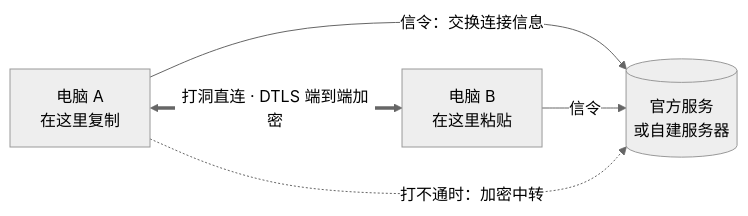
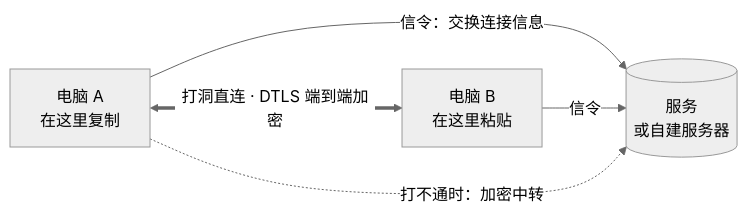
Before and after one commit to baiyuze/pasteferry: the diagram in README.zh-CN.md, drawn with Mermaid (neutral theme). The commit also changed other lines of this file and 76 other files, not shown here.

````diff
--- a/README.zh-CN.md
+++ b/README.zh-CN.md
@@ -95,7 +95,7 @@
 ```mermaid
 flowchart LR
-    A["电脑 A<br>在这里复制"] -- 信令：交换连接信息 --> S[("官方服务<br>或自建服务器")]
+    A["电脑 A<br>在这里复制"] -- 信令：交换连接信息 --> S[("服务<br>或自建服务器")]
     B["电脑 B<br>在这里粘贴"] -- 信令 --> S
     A <== "打洞直连 · DTLS 端到端加密" ==> B
     A -. "打不通时：加密中转" .-> S
 ```
````
